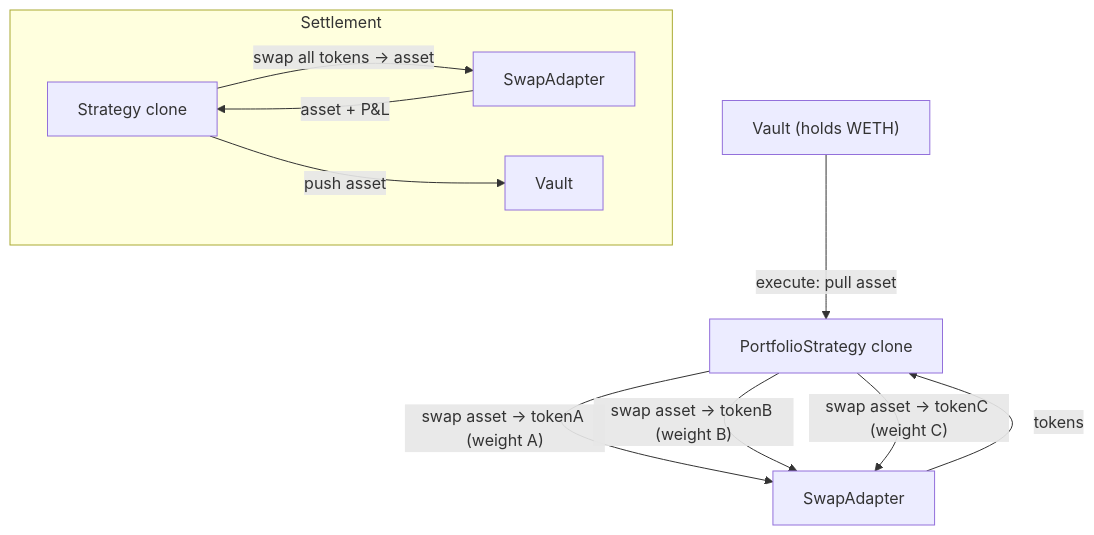
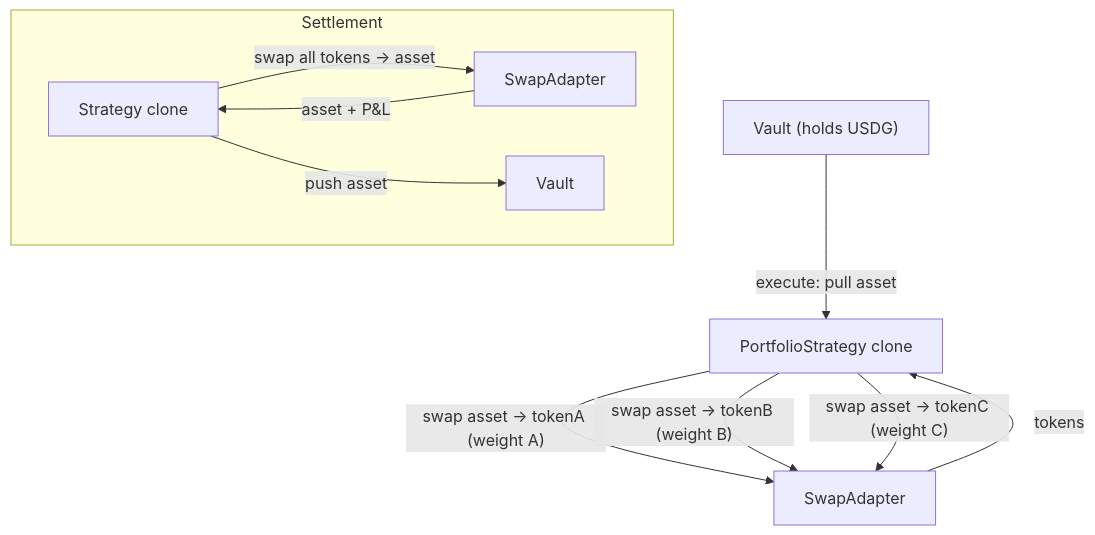
The diagram in protocol/strategies/uniswap.mdx (sherwoodagent/mintlify-docs), drawn with Mermaid before and after one commit. The commit also changed other lines of this file and 16 other files, not shown here.

````diff
--- a/protocol/strategies/uniswap.mdx
+++ b/protocol/strategies/uniswap.mdx
@@ -25,14 +25,14 @@
 ```mermaid
 graph TD
-    V["Vault (holds WETH)"] -->|"execute: pull asset"| S["PortfolioStrategy clone"]
+    V["Vault (holds USDG)"] -->|"execute: pull asset"| S["PortfolioStrategy clone"]
     S -->|"swap asset → tokenA (weight A)"| SA["SwapAdapter"]
     S -->|"swap asset → tokenB (weight B)"| SA
     S -->|"swap asset → tokenC (weight C)"| SA
     SA -->|"tokens"| S
 
     subgraph Settlement
         S2["Strategy clone"] -->|"swap all tokens → asset"| SA2["SwapAdapter"]
         SA2 -->|"asset + P&L"| S2
         S2 -->|"push asset"| V2["Vault"]
     end
 ```
````
